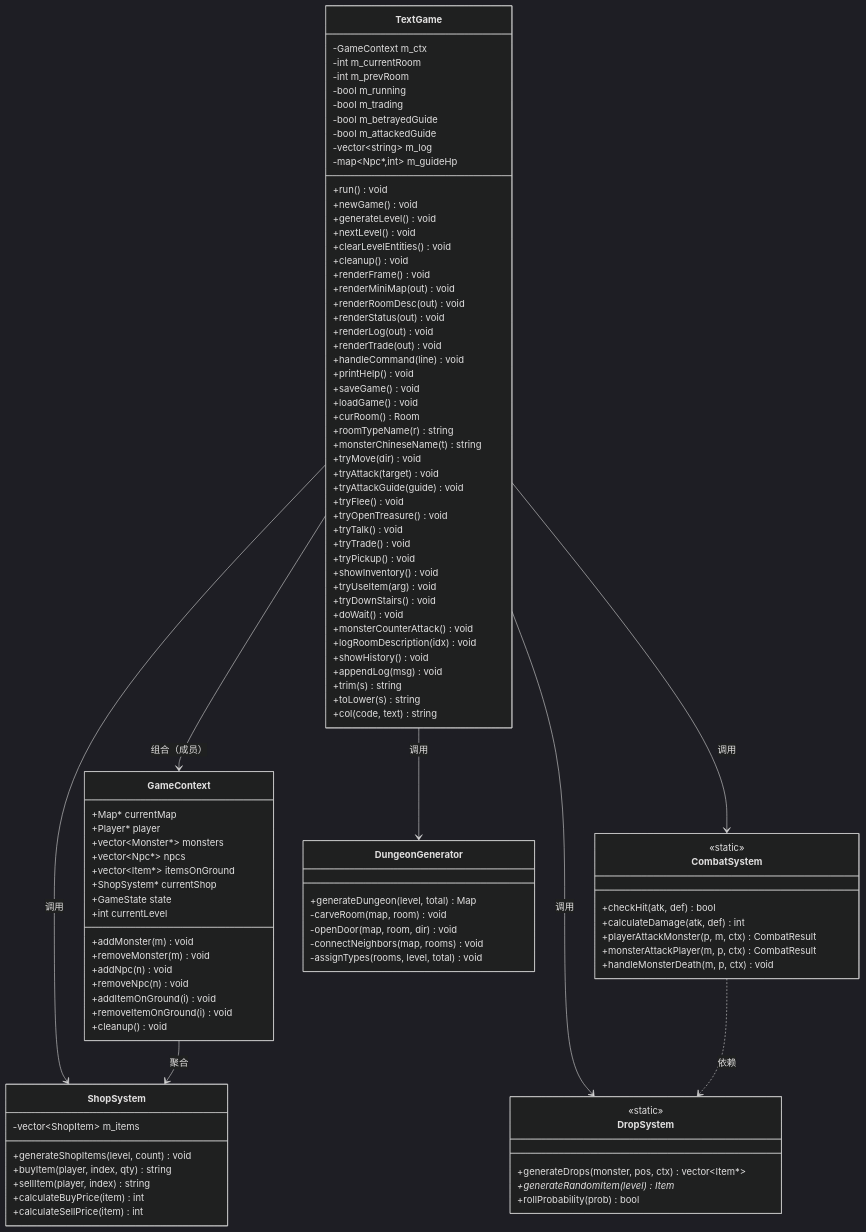
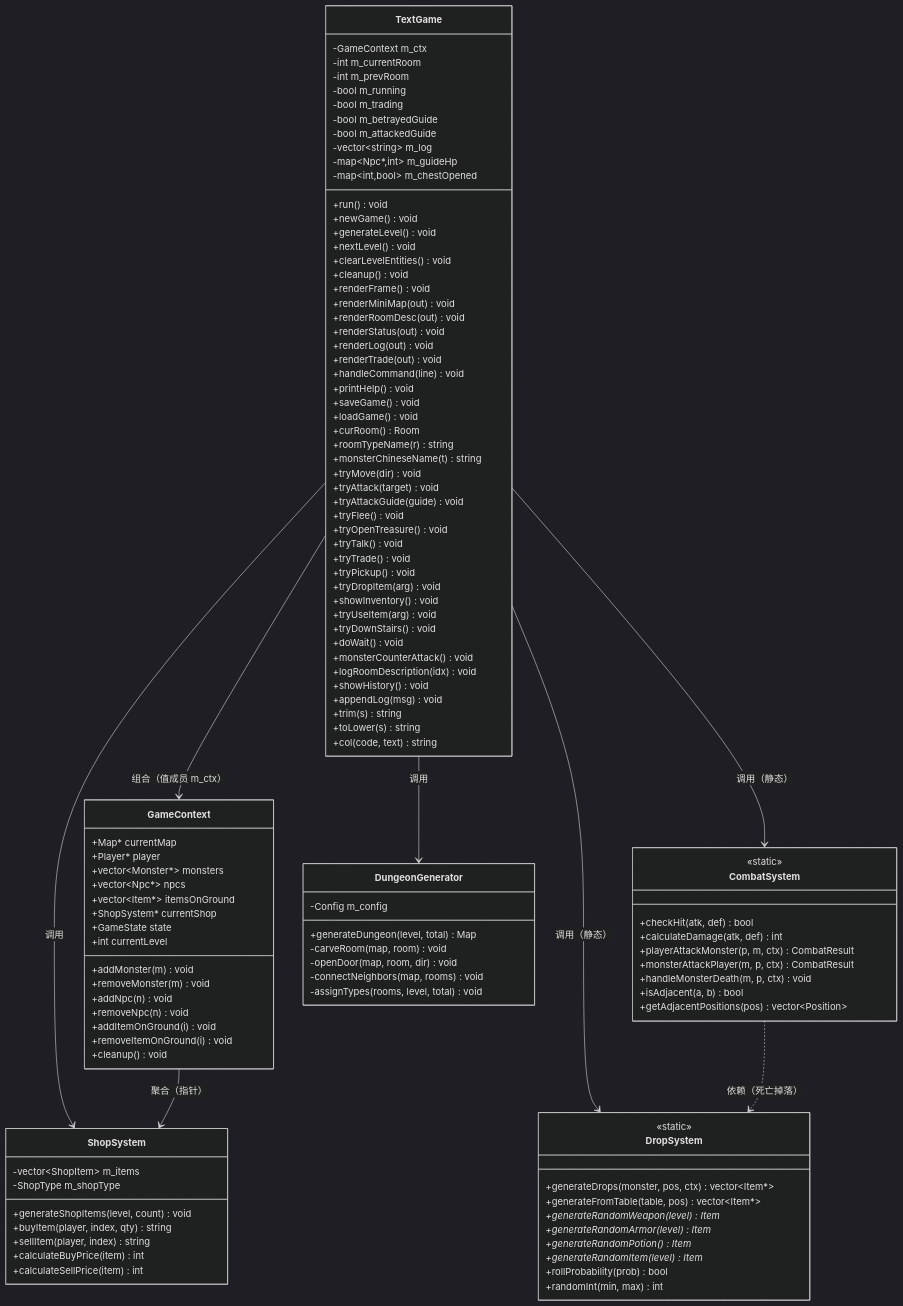
Before and after one commit to BugMaker-orz/Code-class-MUD-game: the first of 3 diagrams in 技术文档.md, drawn with Mermaid (dark theme). The commit also changed other lines of this file, not shown here.

Commit message:
docs: tech doc v2.5 - function-level complete details (all enums, per-method implementation, algorithms, drop tables, save format, FAQ 10 items)

````diff
--- a/技术文档.md
+++ b/技术文档.md
@@ -100,6 +672,7 @@
         -bool m_attackedGuide
         -vector~string~ m_log
         -map~Npc*,int~ m_guideHp
+        -map~int,bool~ m_chestOpened
         +run() void
         +newGame() void
         +generateLevel() void
@@ -127,6 +700,7 @@
         +tryTalk() void
         +tryTrade() void
         +tryPickup() void
+        +tryDropItem(arg) void
         +showInventory() void
         +tryUseItem(arg) void
         +tryDownStairs() void
@@ -163,15 +737,23 @@
         +playerAttackMonster(p, m, ctx) CombatResult
         +monsterAttackPlayer(m, p, ctx) CombatResult
         +handleMonsterDeath(m, p, ctx) void
+        +isAdjacent(a, b) bool
+        +getAdjacentPositions(pos) vector~Position~
     }
     class DropSystem {
         <<static>>
         +generateDrops(monster, pos, ctx) vector~Item*~
+        +generateFromTable(table, pos) vector~Item*~
+        +generateRandomWeapon(level) Item*
+        +generateRandomArmor(level) Item*
+        +generateRandomPotion() Item*
         +generateRandomItem(level) Item*
         +rollProbability(prob) bool
+        +randomInt(min, max) int
     }
     class ShopSystem {
         -vector~ShopItem~ m_items
+        -ShopType m_shopType
         +generateShopItems(level, count) void
         +buyItem(player, index, qty) string
         +sellItem(player, index) string
@@ -179,17 +761,18 @@
         +calculateSellPrice(item) int
     }
     class DungeonGenerator {
+        -Config m_config
         +generateDungeon(level, total) Map
         -carveRoom(map, room) void
         -openDoor(map, room, dir) void
         -connectNeighbors(map, rooms) void
         -assignTypes(rooms, level, total) void
     }
-    TextGame --> GameContext : 组合（成员）
-    TextGame --> CombatSystem : 调用
-    TextGame --> DropSystem : 调用
+    TextGame --> GameContext : 组合（值成员 m_ctx）
+    TextGame --> CombatSystem : 调用（静态）
+    TextGame --> DropSystem : 调用（静态）
     TextGame --> ShopSystem : 调用
     TextGame --> DungeonGenerator : 调用
-    CombatSystem ..> DropSystem : 依赖
-    GameContext --> ShopSystem : 聚合
+    CombatSystem ..> DropSystem : 依赖（死亡掉落）
+    GameContext --> ShopSystem : 聚合（指针）
 ```
````
